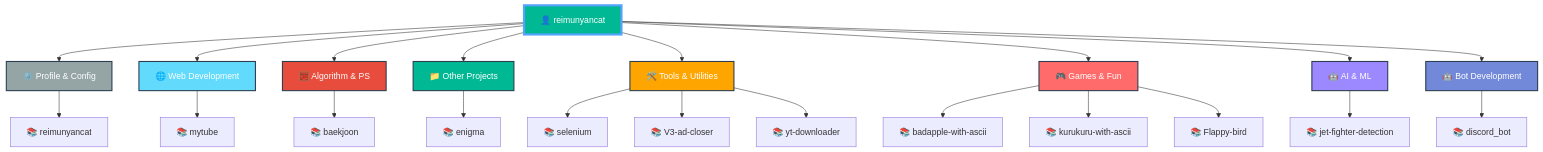
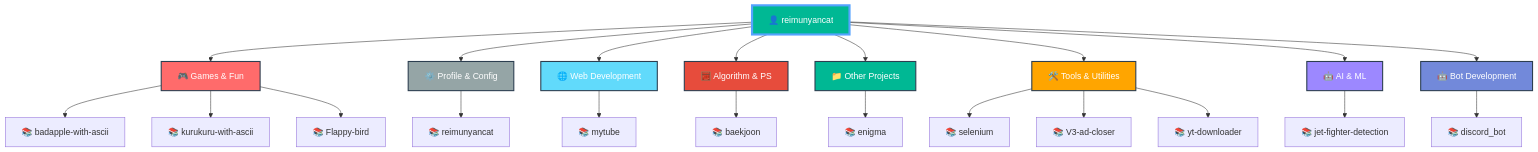
Before and after one commit to reimunyancat/reimunyancat: the diagram in README.md, drawn with Mermaid. The commit also changed other lines of this file, not shown here.

Commit message:
🤖 Auto-update README with latest repositories

````diff
--- a/README.md
+++ b/README.md
@@ -159,42 +159,42 @@
 ```mermaid
 graph TD
   A[👤 reimunyancat]
 
-  A --> CAT0[⚙️ Profile & Config]
-  CAT0 --> CAT0_0[📚 reimunyancat]
+  A --> CAT0[🎮 Games & Fun]
+  CAT0 --> CAT0_0[📚 badapple-with-ascii]
+  CAT0 --> CAT0_1[📚 kurukuru-with-ascii]
+  CAT0 --> CAT0_2[📚 Flappy-bird]
 
-  A --> CAT1[🌐 Web Development]
-  CAT1 --> CAT1_0[📚 mytube]
+  A --> CAT1[⚙️ Profile & Config]
+  CAT1 --> CAT1_0[📚 reimunyancat]
 
-  A --> CAT2[🧮 Algorithm & PS]
-  CAT2 --> CAT2_0[📚 baekjoon]
+  A --> CAT2[🌐 Web Development]
+  CAT2 --> CAT2_0[📚 mytube]
 
-  A --> CAT3[📁 Other Projects]
-  CAT3 --> CAT3_0[📚 enigma]
+  A --> CAT3[🧮 Algorithm & PS]
+  CAT3 --> CAT3_0[📚 baekjoon]
 
-  A --> CAT4[🛠️ Tools & Utilities]
-  CAT4 --> CAT4_0[📚 selenium]
-  CAT4 --> CAT4_1[📚 V3-ad-closer]
-  CAT4 --> CAT4_2[📚 yt-downloader]
+  A --> CAT4[📁 Other Projects]
+  CAT4 --> CAT4_0[📚 enigma]
 
-  A --> CAT5[🎮 Games & Fun]
-  CAT5 --> CAT5_0[📚 badapple-with-ascii]
-  CAT5 --> CAT5_1[📚 kurukuru-with-ascii]
-  CAT5 --> CAT5_2[📚 Flappy-bird]
+  A --> CAT5[🛠️ Tools & Utilities]
+  CAT5 --> CAT5_0[📚 selenium]
+  CAT5 --> CAT5_1[📚 V3-ad-closer]
+  CAT5 --> CAT5_2[📚 yt-downloader]
 
   A --> CAT6[🤖 AI & ML]
   CAT6 --> CAT6_0[📚 jet-fighter-detection]
 
   A --> CAT7[🤖 Bot Development]
   CAT7 --> CAT7_0[📚 discord_bot]
 
   style A fill:#00b894,stroke:#55a3ff,stroke-width:4px,color:#fff
-  style CAT0 fill:#95a5a6,stroke:#2c3e50,stroke-width:2px,color:#fff
-  style CAT1 fill:#61dafb,stroke:#2c3e50,stroke-width:2px,color:#fff
-  style CAT2 fill:#e74c3c,stroke:#2c3e50,stroke-width:2px,color:#fff
-  style CAT3 fill:#00b894,stroke:#2c3e50,stroke-width:2px,color:#fff
-  style CAT4 fill:#ffa500,stroke:#2c3e50,stroke-width:2px,color:#fff
-  style CAT5 fill:#ff6b6b,stroke:#2c3e50,stroke-width:2px,color:#fff
+  style CAT0 fill:#ff6b6b,stroke:#2c3e50,stroke-width:2px,color:#fff
+  style CAT1 fill:#95a5a6,stroke:#2c3e50,stroke-width:2px,color:#fff
+  style CAT2 fill:#61dafb,stroke:#2c3e50,stroke-width:2px,color:#fff
+  style CAT3 fill:#e74c3c,stroke:#2c3e50,stroke-width:2px,color:#fff
+  style CAT4 fill:#00b894,stroke:#2c3e50,stroke-width:2px,color:#fff
+  style CAT5 fill:#ffa500,stroke:#2c3e50,stroke-width:2px,color:#fff
   style CAT6 fill:#9c88ff,stroke:#2c3e50,stroke-width:2px,color:#fff
   style CAT7 fill:#7289da,stroke:#2c3e50,stroke-width:2px,color:#fff
 ```
````
